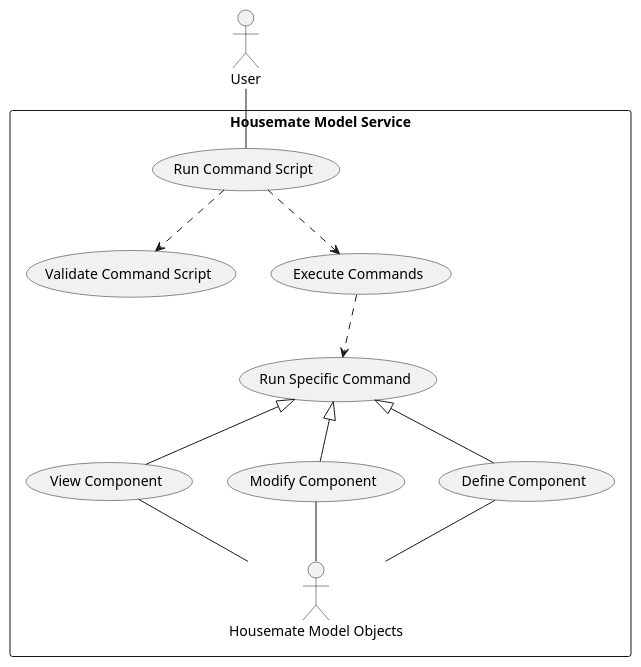
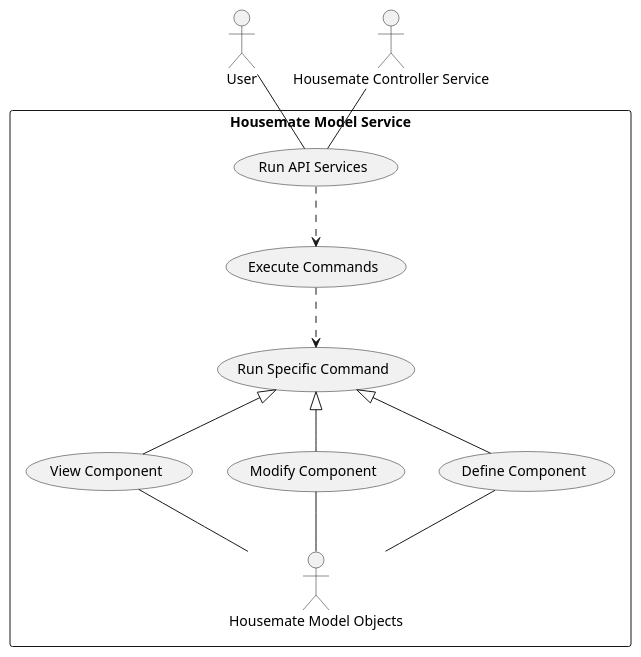
Before and after one commit to erikorlowski/cscie97: the first of 3 diagrams in cscie97/asn2/Design.md, drawn with PlantUML. The commit also changed other lines of this file, not shown here.

Commit message:
Actually reading the architecture document is helpful...

````diff
--- a/cscie97/asn2/Design.md
+++ b/cscie97/asn2/Design.md
@@ -191,27 +191,27 @@
 ```plantuml
 @startuml
 actor User
+actor Controller as "Housemate Controller Service"
 rectangle Service as "Housemate Model Service" {
-    usecase RunScript as "Run Command Script"
-    usecase Validate as "Validate Command Script"
+    usecase RunScript as "Run API Services"
     usecase Execute as "Execute Commands"
     usecase Command as "Run Specific Command"
     usecase Define as "Define Component"
     usecase Set as "Modify Component"
     usecase View as "View Component"
     actor Models as "Housemate Model Objects"
 }
 
 
 User -- RunScript
-RunScript ..> Validate
+Controller -- RunScript
 RunScript ..> Execute
 Execute ..> Command
 Command <|-- Define
 Command <|-- Set
 Command <|-- View
 Models -up- Define
 Models -up- Set
 Models -up- View
 @enduml
 ```
````
